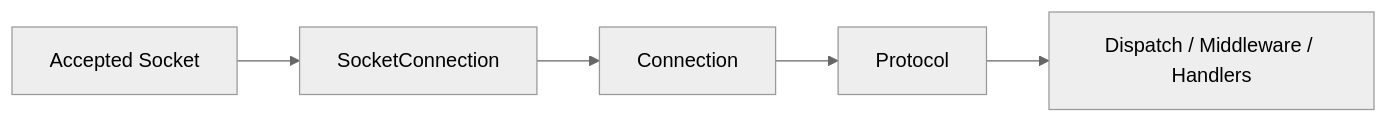
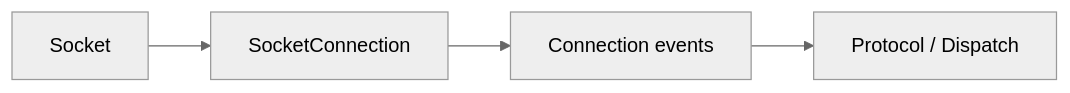
One commit to ppn-systems/Nalix changed the diagram in docs/api/network/socket-connection.md. Above: the diagram before and after it, drawn with Mermaid (neutral theme). The commit also changed other lines of this file and 75 other files, not shown here.

````diff
--- a/docs/api/network/socket-connection.md
+++ b/docs/api/network/socket-connection.md
@@ -14,7 +39,6 @@
 ```mermaid
 flowchart LR
-    A["Accepted Socket"] --> B["SocketConnection"]
-    B --> C["Connection"]
-    C --> D["Protocol"]
-    D --> E["Dispatch / Middleware / Handlers"]
+    A["Socket"] --> B["SocketConnection"]
+    B --> C["Connection events"]
+    C --> D["Protocol / Dispatch"]
 ```
````
